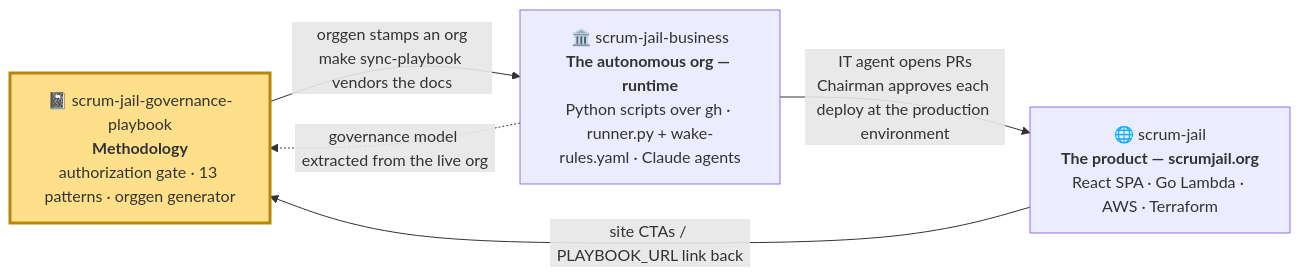
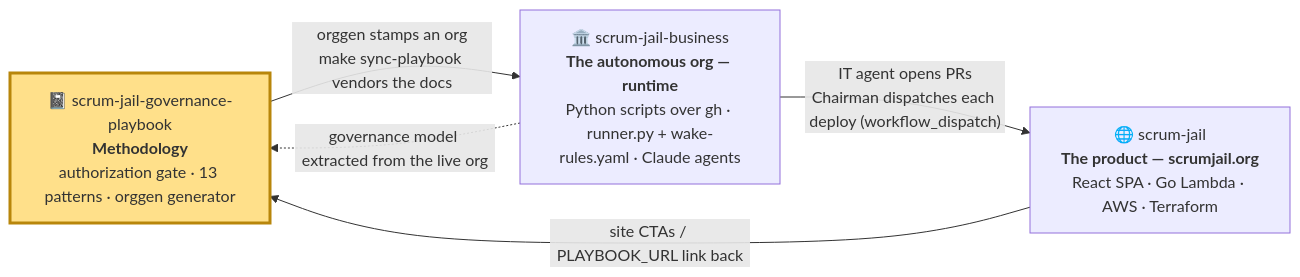
The first of 10 diagrams in docs/ARCHITECTURE.md (johnplantada/scrum-jail-governance-playbook), drawn with Mermaid before and after one commit. The commit also changed other lines of this file and 13 other files, not shown here.

First line of the commit message:
docs: sync the playbook with live business truth — dispatch deploy gate, warden reborn, go-quiet exception

````diff
--- a/docs/ARCHITECTURE.md
+++ b/docs/ARCHITECTURE.md
@@ -23,13 +24,13 @@
 ```mermaid
 flowchart LR
     GP["📓 scrum-jail-governance-playbook<br/><b>Methodology</b><br/>authorization gate · 13 patterns · orggen generator"]
     BIZ["🏛️ scrum-jail-business<br/><b>The autonomous org — runtime</b><br/>Python scripts over gh · runner.py + wake-rules.yaml · Claude agents"]
     PROD["🌐 scrum-jail<br/><b>The product — scrumjail.org</b><br/>React SPA · Go Lambda · AWS · Terraform"]
 
     GP -->|"orggen stamps an org<br/>make sync-playbook vendors the docs"| BIZ
-    BIZ -->|"IT agent opens PRs<br/>Chairman approves each deploy at the production environment"| PROD
+    BIZ -->|"IT agent opens PRs<br/>Chairman dispatches each deploy (workflow_dispatch)"| PROD
     PROD -->|"site CTAs / PLAYBOOK_URL link back"| GP
     BIZ -.->|"governance model extracted from the live org"| GP
 
     style GP fill:#ffe08a,stroke:#b8860b,stroke-width:3px
 ```
````
